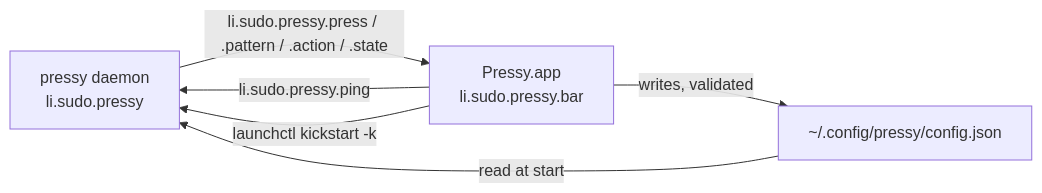
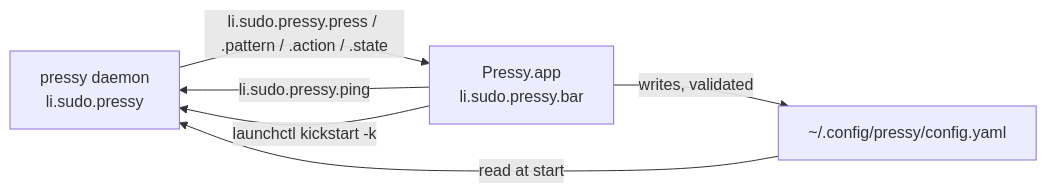
The fourth of 5 diagrams in README.md (gufertum/pressy-resurrected), drawn with Mermaid before and after one commit. The commit also changed other lines of this file and 13 other files, not shown here.

First line of the commit message:
#6 YAML config (default), JSON still supported

````diff
--- a/README.md
+++ b/README.md
@@ -351,8 +364,8 @@
 ```mermaid
 flowchart LR
   D["pressy daemon<br/>li.sudo.pressy"] -->|"li.sudo.pressy.press / .pattern / .action / .state"| A["Pressy.app<br/>li.sudo.pressy.bar"]
   A -->|"li.sudo.pressy.ping"| D
-  A -->|"writes, validated"| C["~/.config/pressy/config.json"]
+  A -->|"writes, validated"| C["~/.config/pressy/config.yaml"]
   A -->|"launchctl kickstart -k"| D
   C -->|"read at start"| D
 ```
````
